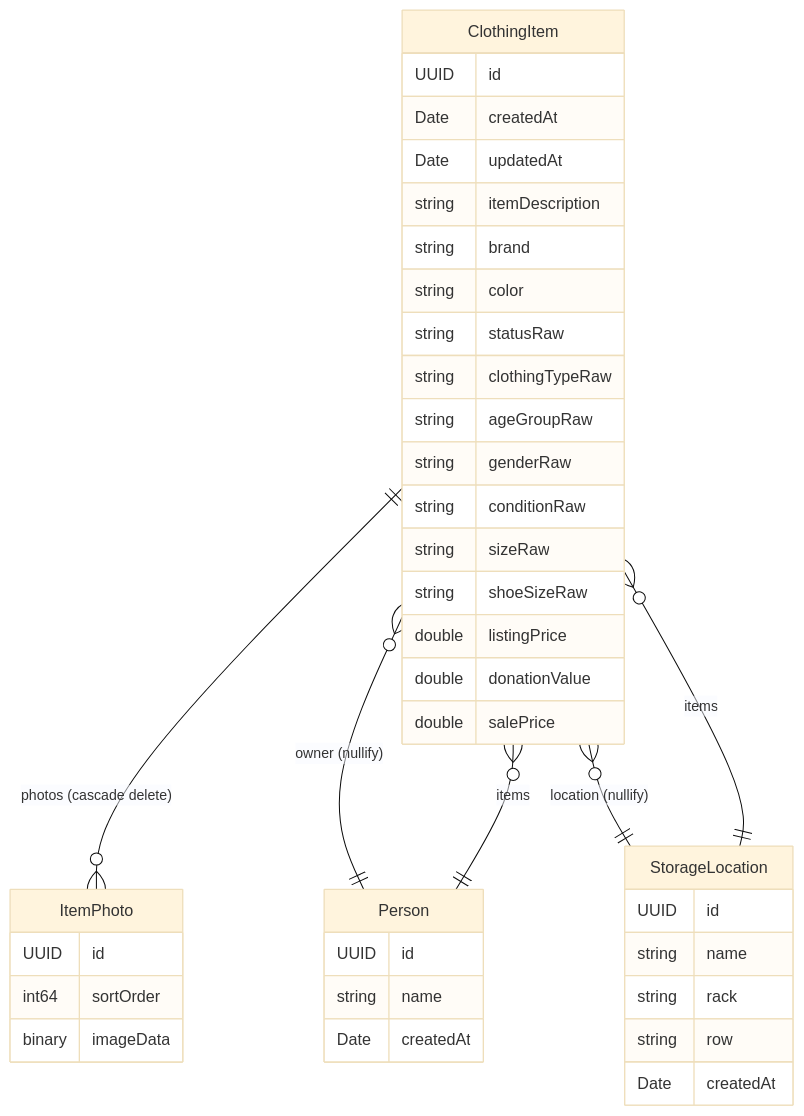
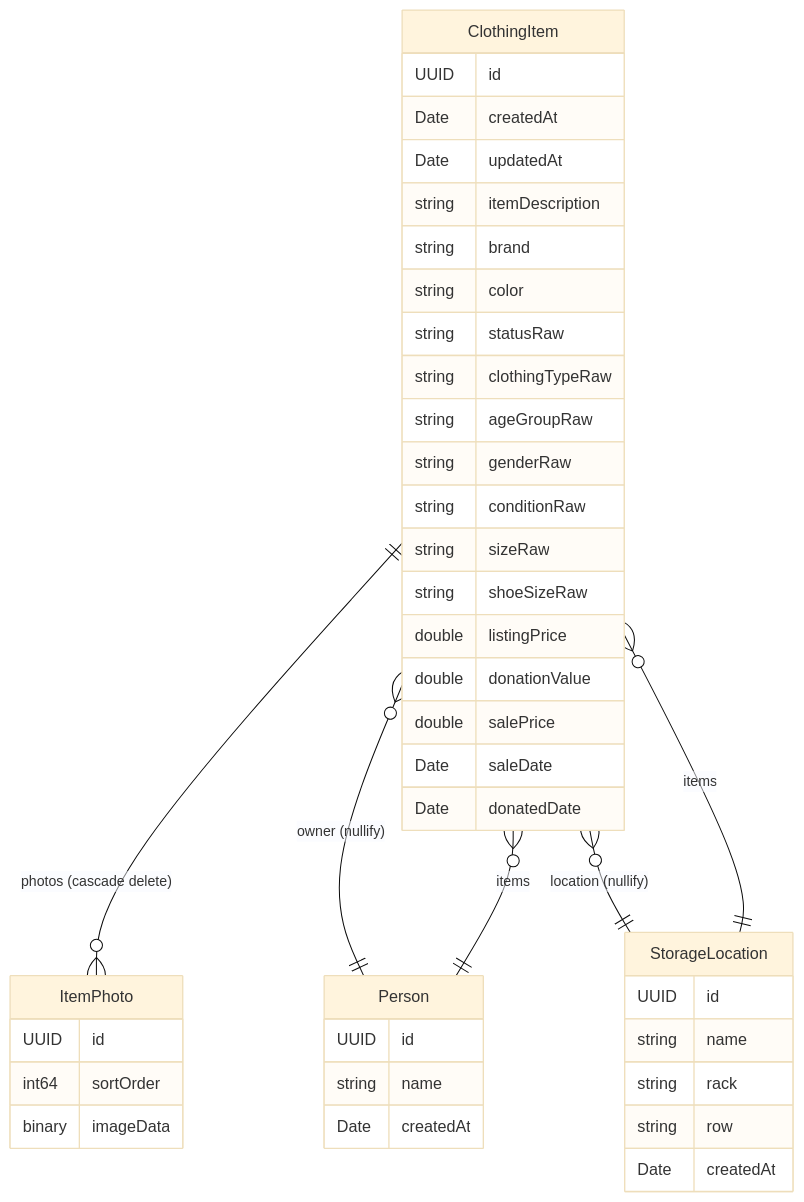
Before and after one commit to steve-cloudmaker/rack-app: the first of 3 diagrams in ARCHITECTURE.md, drawn with Mermaid (base theme). The commit also changed other lines of this file and 3 other files, not shown here.

First line of the commit message:
Add Common onboarding docs and refresh README/architecture.

````diff
--- a/ARCHITECTURE.md
+++ b/ARCHITECTURE.md
@@ -51,47 +53,49 @@
 ```mermaid
 erDiagram
     ClothingItem ||--o{ ItemPhoto : "photos (cascade delete)"
     ClothingItem }o--|| Person : "owner (nullify)"
     ClothingItem }o--|| StorageLocation : "location (nullify)"
     Person ||--o{ ClothingItem : "items"
     StorageLocation ||--o{ ClothingItem : "items"
 
     ClothingItem {
         UUID id
         Date createdAt
         Date updatedAt
         string itemDescription
         string brand
         string color
         string statusRaw
         string clothingTypeRaw
         string ageGroupRaw
         string genderRaw
         string conditionRaw
         string sizeRaw
         string shoeSizeRaw
         double listingPrice
         double donationValue
         double salePrice
+        Date saleDate
+        Date donatedDate
     }
 
     ItemPhoto {
         UUID id
         int64 sortOrder
         binary imageData
     }
 
     Person {
         UUID id
         string name
         Date createdAt
     }
 
     StorageLocation {
         UUID id
         string name
         string rack
         string row
         Date createdAt
     }
 ```
````
